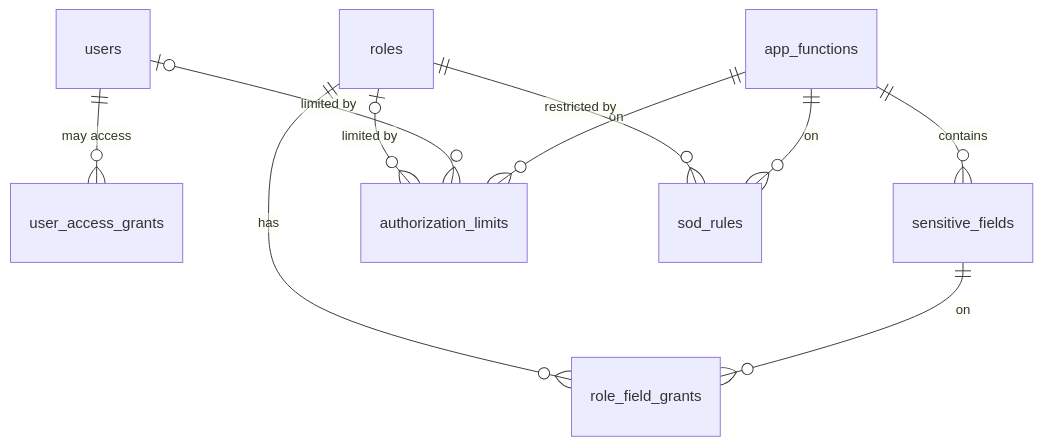
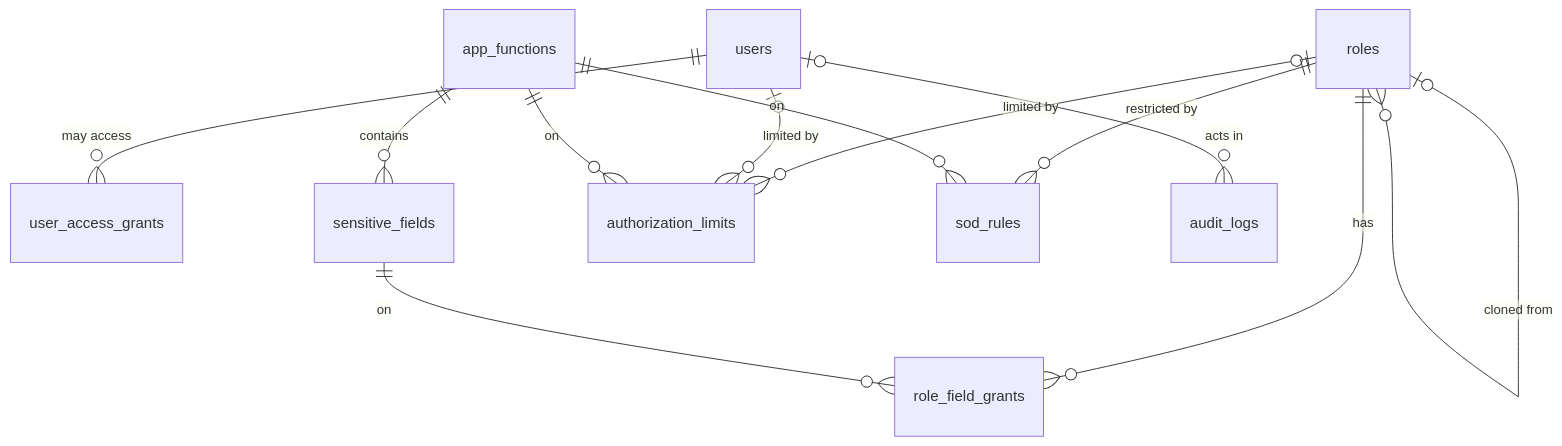
The diagram in docs/phase-07-approvals-controls/01-roles-permissions.md (angelmidnighttt/zz_erp), drawn with Mermaid before and after one commit. The commit also changed other lines of this file and 13 other files, not shown here.

````diff
--- a/docs/phase-07-approvals-controls/01-roles-permissions.md
+++ b/docs/phase-07-approvals-controls/01-roles-permissions.md
@@ -104,12 +110,14 @@
 ```mermaid
 erDiagram
     users ||--o{ user_access_grants : "may access"
     app_functions ||--o{ sensitive_fields : "contains"
     roles ||--o{ role_field_grants : "has"
     sensitive_fields ||--o{ role_field_grants : "on"
     roles |o--o{ authorization_limits : "limited by"
     users |o--o{ authorization_limits : "limited by"
     app_functions ||--o{ authorization_limits : "on"
     roles ||--o{ sod_rules : "restricted by"
     app_functions ||--o{ sod_rules : "on"
+    roles |o--o{ roles : "cloned from"
+    users |o--o{ audit_logs : "acts in"
 ```
````
